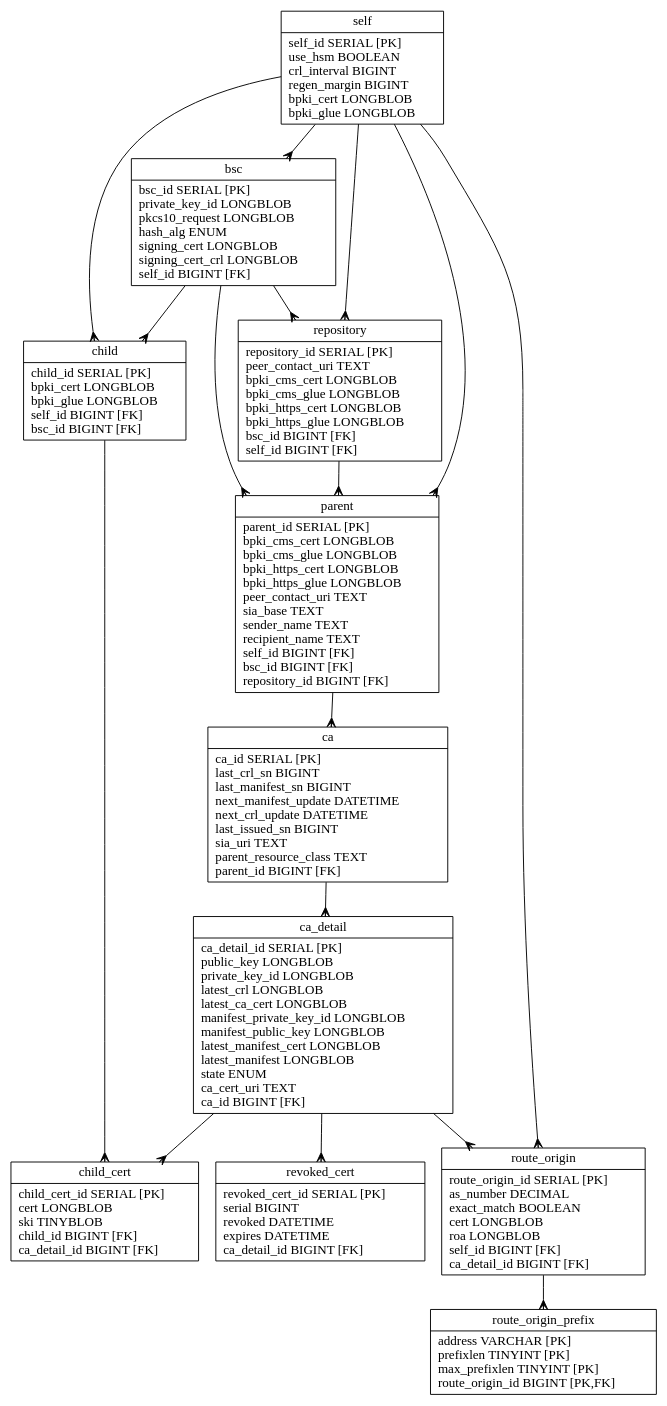
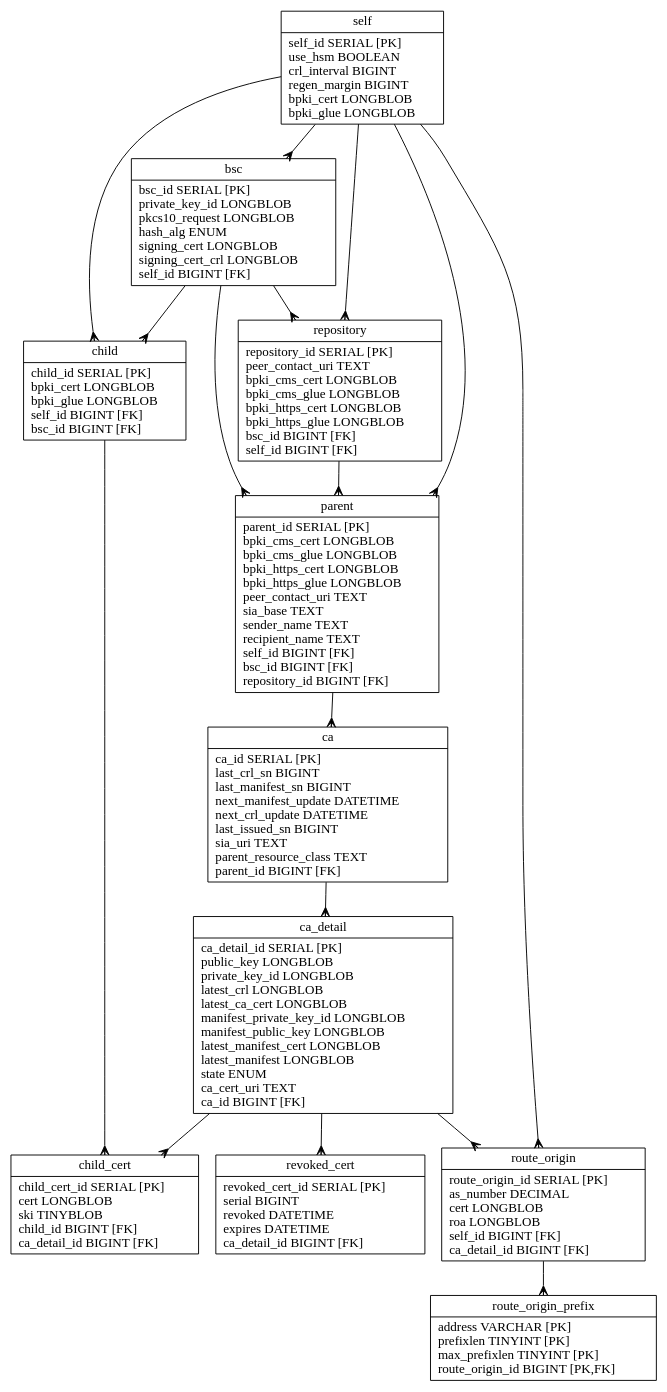
One commit to dragonresearch/rpki.net changed the diagram in rpkid/doc/rpkid.dot. Above: the diagram before and after it, drawn with Graphviz. The commit also changed 7 other files, not shown here.

```diff
--- a/rpkid/doc/rpkid.dot
+++ b/rpkid/doc/rpkid.dot
@@ -1,34 +1,34 @@
 // Automatically generated from rpkid.sql
 
 digraph test {
 	edge [arrowtail=none, arrowhead=crow];
 	graph [ratio=fill, overlap=false, bgcolor=white];
 	node [label="\N", fillcolor=white, shape=record, style=filled];
 	self [label="{self\n|self_id\ SERIAL\ [PK]\luse_hsm\ BOOLEAN\lcrl_interval\ BIGINT\lregen_margin\ BIGINT\lbpki_cert\ LONGBLOB\lbpki_glue\ LONGBLOB\l}"];
 	bsc [label="{bsc\n|bsc_id\ SERIAL\ [PK]\lprivate_key_id\ LONGBLOB\lpkcs10_request\ LONGBLOB\lhash_alg\ ENUM\lsigning_cert\ LONGBLOB\lsigning_cert_crl\ LONGBLOB\lself_id\ BIGINT\ [FK]\l}"];
 	repository [label="{repository\n|repository_id\ SERIAL\ [PK]\lpeer_contact_uri\ TEXT\lbpki_cms_cert\ LONGBLOB\lbpki_cms_glue\ LONGBLOB\lbpki_https_cert\ LONGBLOB\lbpki_https_glue\ LONGBLOB\lbsc_id\ BIGINT\ [FK]\lself_id\ BIGINT\ [FK]\l}"];
 	parent [label="{parent\n|parent_id\ SERIAL\ [PK]\lbpki_cms_cert\ LONGBLOB\lbpki_cms_glue\ LONGBLOB\lbpki_https_cert\ LONGBLOB\lbpki_https_glue\ LONGBLOB\lpeer_contact_uri\ TEXT\lsia_base\ TEXT\lsender_name\ TEXT\lrecipient_name\ TEXT\lself_id\ BIGINT\ [FK]\lbsc_id\ BIGINT\ [FK]\lrepository_id\ BIGINT\ [FK]\l}"];
 	ca [label="{ca\n|ca_id\ SERIAL\ [PK]\llast_crl_sn\ BIGINT\llast_manifest_sn\ BIGINT\lnext_manifest_update\ DATETIME\lnext_crl_update\ DATETIME\llast_issued_sn\ BIGINT\lsia_uri\ TEXT\lparent_resource_class\ TEXT\lparent_id\ BIGINT\ [FK]\l}"];
 	ca_detail [label="{ca_detail\n|ca_detail_id\ SERIAL\ [PK]\lpublic_key\ LONGBLOB\lprivate_key_id\ LONGBLOB\llatest_crl\ LONGBLOB\llatest_ca_cert\ LONGBLOB\lmanifest_private_key_id\ LONGBLOB\lmanifest_public_key\ LONGBLOB\llatest_manifest_cert\ LONGBLOB\llatest_manifest\ LONGBLOB\lstate\ ENUM\lca_cert_uri\ TEXT\lca_id\ BIGINT\ [FK]\l}"];
 	child [label="{child\n|child_id\ SERIAL\ [PK]\lbpki_cert\ LONGBLOB\lbpki_glue\ LONGBLOB\lself_id\ BIGINT\ [FK]\lbsc_id\ BIGINT\ [FK]\l}"];
 	child_cert [label="{child_cert\n|child_cert_id\ SERIAL\ [PK]\lcert\ LONGBLOB\lski\ TINYBLOB\lchild_id\ BIGINT\ [FK]\lca_detail_id\ BIGINT\ [FK]\l}"];
 	revoked_cert [label="{revoked_cert\n|revoked_cert_id\ SERIAL\ [PK]\lserial\ BIGINT\lrevoked\ DATETIME\lexpires\ DATETIME\lca_detail_id\ BIGINT\ [FK]\l}"];
-	route_origin [label="{route_origin\n|route_origin_id\ SERIAL\ [PK]\las_number\ DECIMAL\lexact_match\ BOOLEAN\lcert\ LONGBLOB\lroa\ LONGBLOB\lself_id\ BIGINT\ [FK]\lca_detail_id\ BIGINT\ [FK]\l}"];
+	route_origin [label="{route_origin\n|route_origin_id\ SERIAL\ [PK]\las_number\ DECIMAL\lcert\ LONGBLOB\lroa\ LONGBLOB\lself_id\ BIGINT\ [FK]\lca_detail_id\ BIGINT\ [FK]\l}"];
 	route_origin_prefix [label="{route_origin_prefix\n|address\ VARCHAR\ [PK]\lprefixlen\ TINYINT\ [PK]\lmax_prefixlen\ TINYINT\ [PK]\lroute_origin_id\ BIGINT\ [PK,FK]\l}"];
 	bsc -> child;
 	bsc -> parent;
 	bsc -> repository;
 	ca -> ca_detail;
 	ca_detail -> child_cert;
 	ca_detail -> revoked_cert;
 	ca_detail -> route_origin;
 	child -> child_cert;
 	parent -> ca;
 	repository -> parent;
 	route_origin -> route_origin_prefix;
 	self -> bsc;
 	self -> child;
 	self -> parent;
 	self -> repository;
 	self -> route_origin;
 }
```
